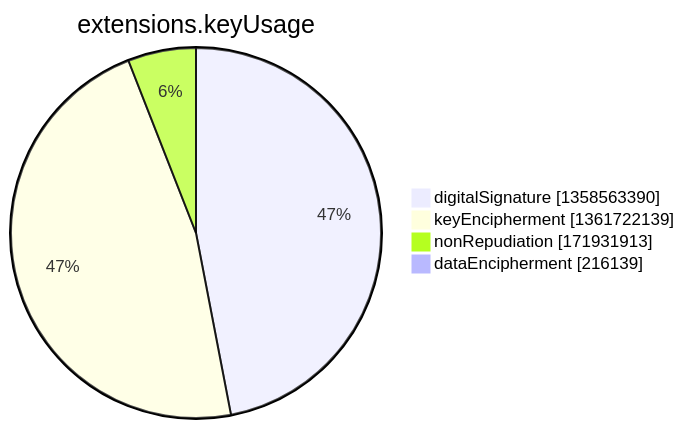
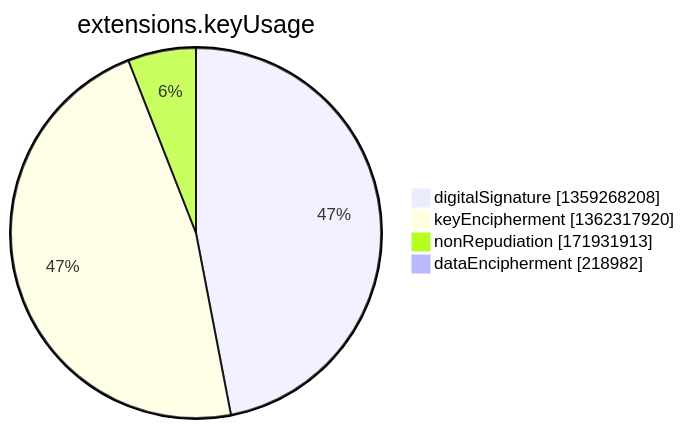
One commit to christiankrug/ctmonitor_visualization changed the seventh of 15 diagrams in argon2022/README.md. Above: the diagram before and after it, drawn with Mermaid. The commit also changed other lines of this file, not shown here.

````diff
--- a/argon2022/README.md
+++ b/argon2022/README.md
@@ -2750,8 +2750,8 @@
 ```mermaid
 pie showData
 title extensions.keyUsage
-"digitalSignature" :1358563390
-"keyEncipherment" :1361722139
+"digitalSignature" :1359268208
+"keyEncipherment" :1362317920
 "nonRepudiation" :171931913
-"dataEncipherment" :216139
+"dataEncipherment" :218982
 ```
````
